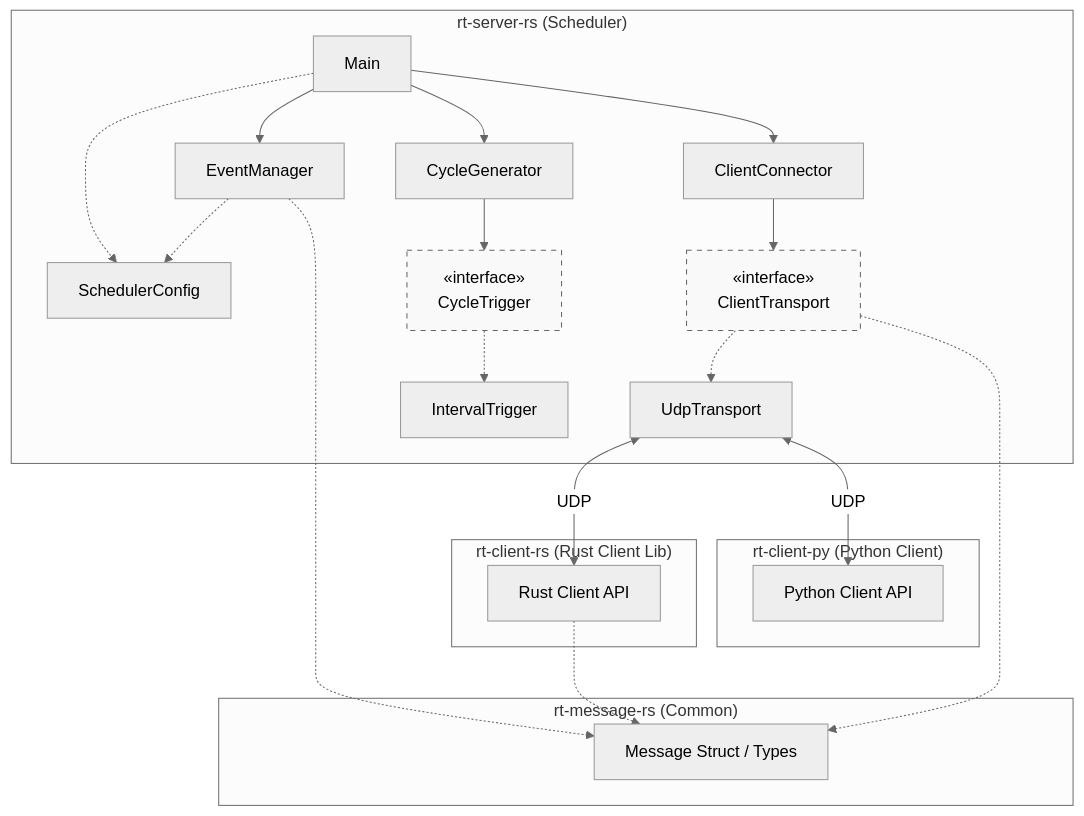
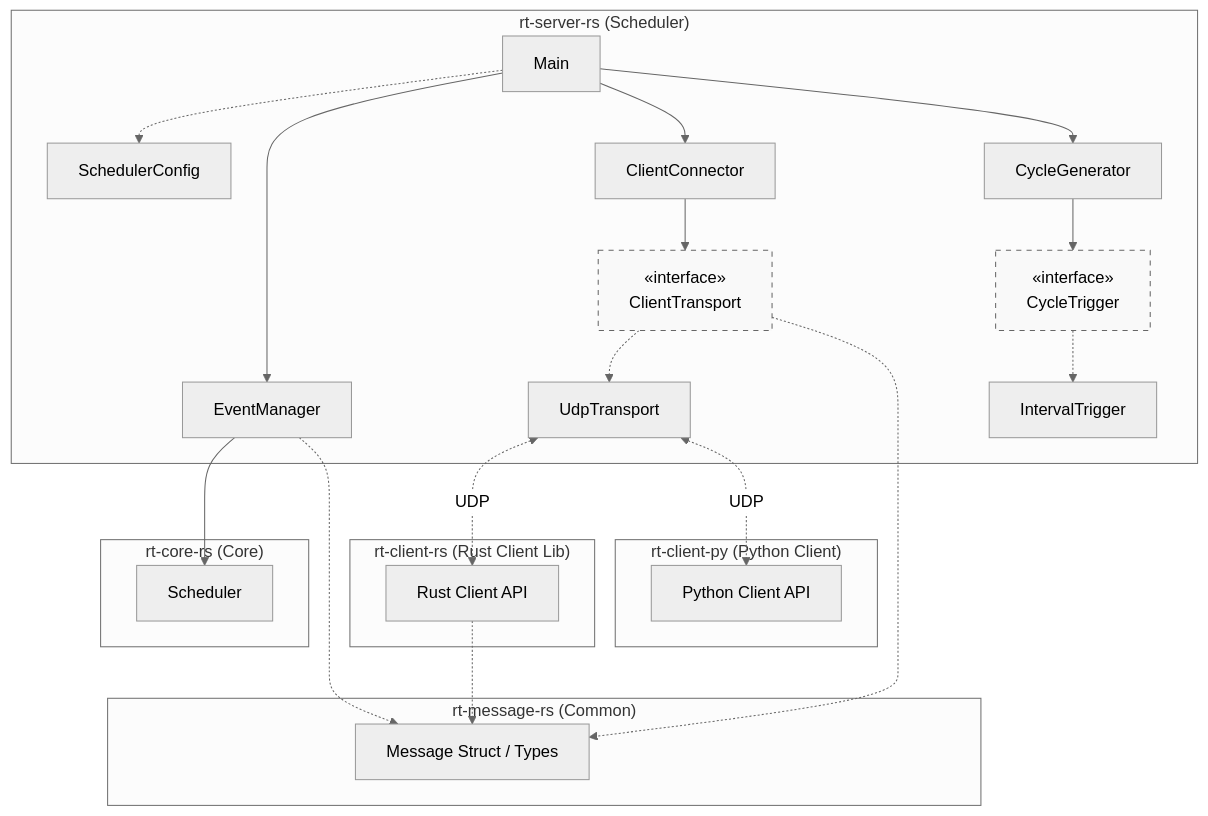
One commit to nao-kawano/ritsu-scheduler changed the diagram in docs/README.md. Above: the diagram before and after it, drawn with Mermaid (neutral theme). The commit also changed 1 other file, not shown here.

Commit message:
docs: reflect existing core module in architecture diagrams
- Add the previously undocumented `rt-core-rs` to the main README.
- Update module descriptions to better reflect their actual responsibilities.
- Revise the system architecture graph to show `rt-core-rs` and its communication flow.

````diff
--- a/docs/README.md
+++ b/docs/README.md
@@ -7,56 +7,64 @@
 ```mermaid
 graph TD
     %% Server Project
     subgraph "rt-server-rs (Scheduler)"
         Main[Main]
         SC[SchedulerConfig]
+
         EM[EventManager]
 
         CG[CycleGenerator]
         CT["&laquo;interface&raquo;<br/>CycleTrigger"]
         IT[IntervalTrigger]
 
         CC[ClientConnector]
         CTr["&laquo;interface&raquo;<br/>ClientTransport"]
         UT[UdpTransport]
 
         Main -.-> SC
         Main --> EM
+        Main --> CC
         Main --> CG
-        Main --> CC
 
-        EM -.-> SC
         CG --> CT
         CT -.-> IT
+
         CC --> CTr
         CTr -.-> UT
+    end
+
+    %% Core Project
+    subgraph "rt-core-rs (Core)"
+        SCH[Scheduler]
     end
 
     %% Client Projects
     subgraph "rt-client-rs (Rust Client Lib)"
         RCL[Rust Client API]
     end
     subgraph "rt-client-py (Python Client)"
         PCL[Python Client API]
     end
 
     %% Message Project
     subgraph "rt-message-rs (Common)"
         Msg[Message Struct / Types]
     end
 
     %% Inter-project dependencies
+    EM --> SCH
     EM -.-> Msg
     CTr -.-> Msg
     RCL -.-> Msg
     %% for layout
     PCL ~~~ Msg
+    SCH ~~~ Msg
 
     %% Communication Flow
-    UT <-->|UDP| RCL
-    UT <-->|UDP| PCL
+    UT <-.->|UDP| RCL
+    UT <-.->|UDP| PCL
 
     %% Styling
     style CT fill:#f9f9f9,stroke:#666,stroke-dasharray: 5 5
     style CTr fill:#f9f9f9,stroke:#666,stroke-dasharray: 5 5
 ```
````
